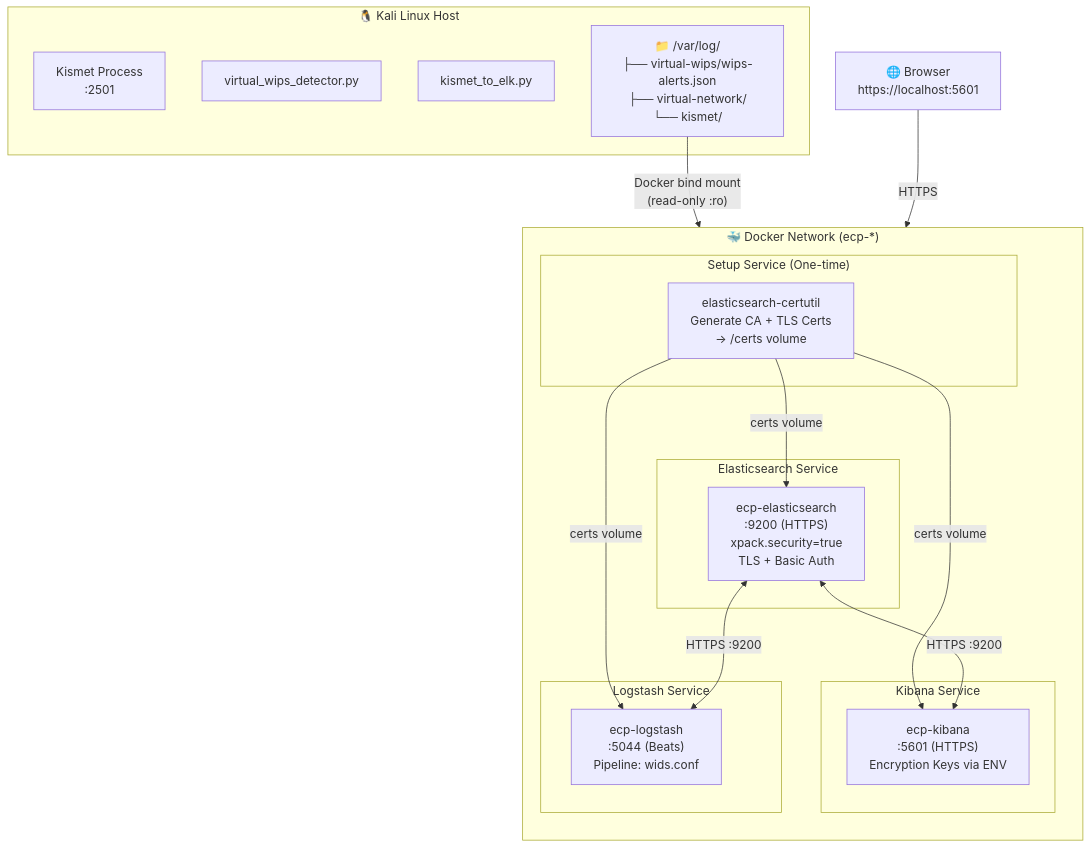
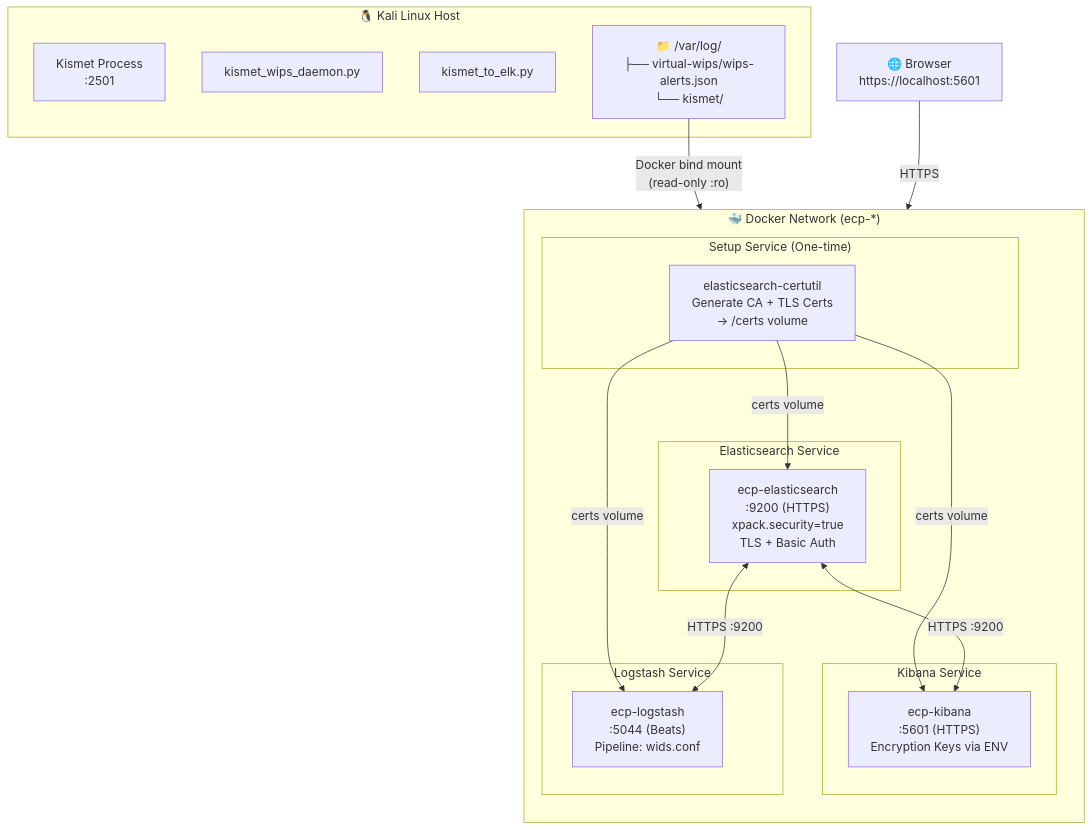
The fourth of 7 diagrams in DATA_FLOW.md (ph4n10m1808/wireless-mobile-network-security-project), drawn with Mermaid before and after one commit. The commit also changed other lines of this file and 11 other files, not shown here.

````diff
--- a/DATA_FLOW.md
+++ b/DATA_FLOW.md
@@ -167,36 +173,36 @@
 ```mermaid
 flowchart TB
     subgraph HOST["🐧 Kali Linux Host"]
         KISMET_HOST["Kismet Process\n:2501"]
-        VWIPS_HOST["virtual_wips_detector.py"]
+        WIPS_DAEMON["kismet_wips_daemon.py"]
         BRIDGE_HOST["kismet_to_elk.py"]
-        LOG_HOST["📁 /var/log/\n├── virtual-wips/wips-alerts.json\n├── virtual-network/\n└── kismet/"]
+        LOG_HOST["📁 /var/log/\n├── virtual-wips/wips-alerts.json\n└── kismet/"]
     end
 
     subgraph DOCKER["🐳 Docker Network (ecp-*)"]
         direction TB
         subgraph SETUP["Setup Service (One-time)"]
             CERTGEN["elasticsearch-certutil\nGenerate CA + TLS Certs\n→ /certs volume"]
         end
         subgraph ES_SVC["Elasticsearch Service"]
             ES_NODE["ecp-elasticsearch\n:9200 (HTTPS)\nxpack.security=true\nTLS + Basic Auth"]
         end
         subgraph KB_SVC["Kibana Service"]
             KB_NODE["ecp-kibana\n:5601 (HTTPS)\nEncryption Keys via ENV"]
         end
         subgraph LS_SVC["Logstash Service"]
             LS_NODE["ecp-logstash\n:5044 (Beats)\nPipeline: wids.conf"]
         end
 
         CERTGEN -->|"certs volume"| ES_NODE
         CERTGEN -->|"certs volume"| KB_NODE
         CERTGEN -->|"certs volume"| LS_NODE
         ES_NODE <-->|"HTTPS :9200"| KB_NODE
         ES_NODE <-->|"HTTPS :9200"| LS_NODE
     end
 
     LOG_HOST -->|"Docker bind mount\n(read-only :ro)"| LS_NODE
 
     BROWSER["🌐 Browser\nhttps://localhost:5601"]
     BROWSER -->|HTTPS| KB_NODE
 ```
````
